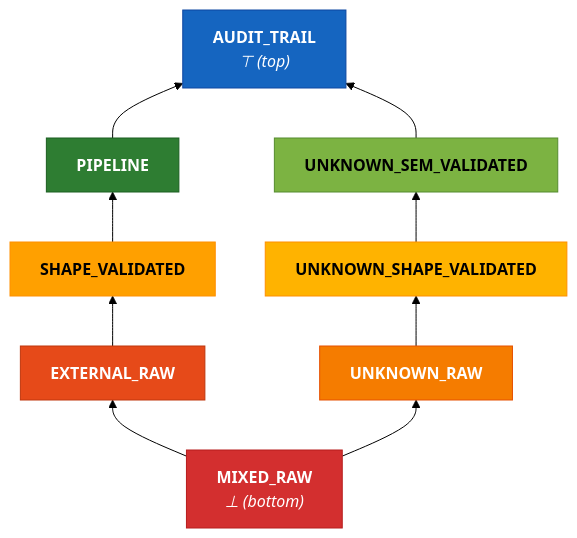
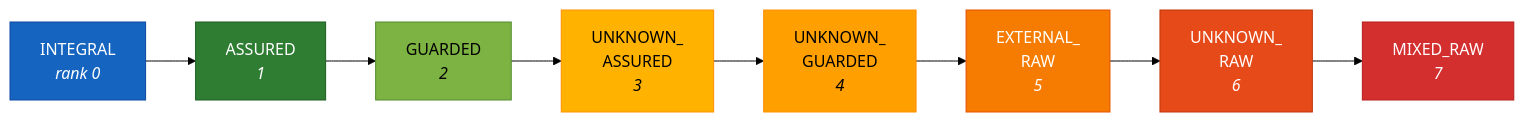
The diagram in docs/wardline/specification.md (foundryside-dev/agentic-coding-threat-model), drawn with Mermaid (forest theme) before and after one commit. The commit also changed other lines of this file and 35 other files, not shown here.

````diff
--- a/docs/wardline/specification.md
+++ b/docs/wardline/specification.md
@@ -298,29 +245,13 @@
 ```mermaid
-graph BT
-    MR["<b>MIXED_RAW</b><br/><i>⊥ (bottom)</i>"]
-    ER["<b>EXTERNAL_RAW</b>"]
-    UR["<b>UNKNOWN_RAW</b>"]
-    SV["<b>SHAPE_VALIDATED</b>"]
-    USV["<b>UNKNOWN_SHAPE_VALIDATED</b>"]
-    USemV["<b>UNKNOWN_SEM_VALIDATED</b>"]
-    PL["<b>PIPELINE</b>"]
-    AT["<b>AUDIT_TRAIL</b><br/><i>⊤ (top)</i>"]
+graph LR
+    I["INTEGRAL<br/><i>rank 0</i>"] --> A["ASSURED<br/><i>1</i>"] --> G["GUARDED<br/><i>2</i>"] --> UA["UNKNOWN_<br/>ASSURED<br/><i>3</i>"] --> UG["UNKNOWN_<br/>GUARDED<br/><i>4</i>"] --> ER["EXTERNAL_<br/>RAW<br/><i>5</i>"] --> UR["UNKNOWN_<br/>RAW<br/><i>6</i>"] --> MR["MIXED_RAW<br/><i>7</i>"]
 
-    MR --> ER
-    MR --> UR
-    ER --> SV
-    UR --> USV
-    SV --> PL
-    USV --> USemV
-    PL --> AT
-    USemV --> AT
-
+    style I fill:#1565C0,color:#fff,stroke:#0D47A1
+    style A fill:#2E7D32,color:#fff,stroke:#1B5E20
+    style G fill:#7CB342,color:#000,stroke:#558B2F
+    style UA fill:#FFB300,color:#000,stroke:#FF8F00
+    style UG fill:#FFA000,color:#000,stroke:#FF8F00
+    style ER fill:#F57C00,color:#fff,stroke:#E65100
+    style UR fill:#E64A19,color:#fff,stroke:#BF360C
     style MR fill:#D32F2F,color:#fff,stroke:#B71C1C
-    style ER fill:#E64A19,color:#fff,stroke:#BF360C
-    style UR fill:#F57C00,color:#fff,stroke:#E65100
-    style SV fill:#FFA000,color:#000,stroke:#FF8F00
-    style USV fill:#FFB300,color:#000,stroke:#FF8F00
-    style USemV fill:#7CB342,color:#000,stroke:#558B2F
-    style PL fill:#2E7D32,color:#fff,stroke:#1B5E20
-    style AT fill:#1565C0,color:#fff,stroke:#0D47A1
 ```
````
